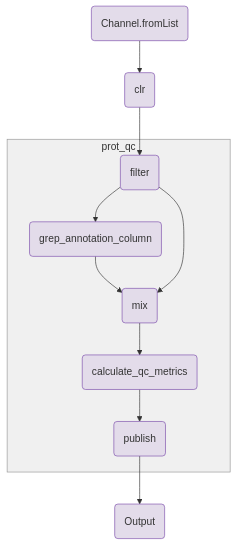
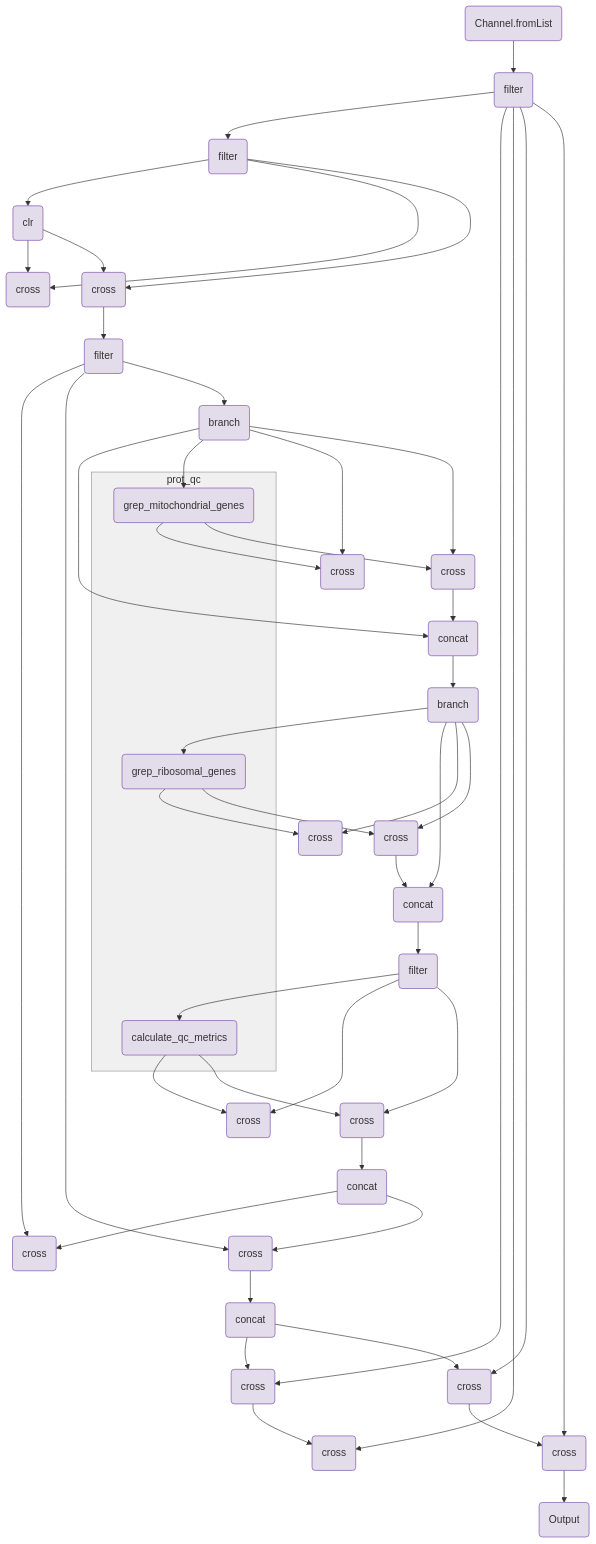
The diagram in components/workflows/prot/prot_multisample.qmd (openpipelines-bio/website), drawn with Mermaid before and after one commit. The commit also changed other lines of this file and 149 other files, not shown here.

````diff
--- a/components/workflows/prot/prot_multisample.qmd
+++ b/components/workflows/prot/prot_multisample.qmd
@@ -117,31 +129,112 @@
 ```{mermaid}
 flowchart TB
     v0(Channel.fromList)
+    v2(filter)
+    v10(filter)
     v18(clr)
-    v129(Output)
+    v25(cross)
+    v35(cross)
+    v41(filter)
+    v164(concat)
+    v53(branch)
+    v80(concat)
+    v65(cross)
+    v75(cross)
+    v84(branch)
+    v111(concat)
+    v96(cross)
+    v106(cross)
+    v112(filter)
+    v142(concat)
+    v127(cross)
+    v137(cross)
+    v149(cross)
+    v159(cross)
+    v171(cross)
+    v178(cross)
+    v190(cross)
+    v197(cross)
+    v201(Output)
     subgraph group_prot_qc [prot_qc]
-        v30(filter)
-        v48(grep_annotation_column)
-        v61(mix)
-        v70(calculate_qc_metrics)
-        v90(publish)
+        v58(grep_mitochondrial_genes)
+        v89(grep_ribosomal_genes)
+        v120(calculate_qc_metrics)
     end
-    v0-->v18
-    v18-->v30
-    v30-->v48
-    v48-->v61
-    v30-->v61
-    v61-->v70
-    v70-->v90
-    v90-->v129
+    v53-->v80
+    v84-->v111
+    v111-->v112
+    v0-->v2
+    v2-->v10
+    v10-->v18
+    v18-->v25
+    v10-->v25
+    v10-->v35
+    v53-->v58
+    v58-->v65
+    v53-->v65
+    v53-->v75
+    v75-->v80
+    v84-->v89
+    v89-->v96
+    v84-->v96
+    v84-->v106
+    v106-->v111
+    v112-->v120
+    v120-->v127
+    v112-->v127
+    v112-->v137
+    v137-->v142
+    v142-->v149
+    v41-->v149
+    v41-->v159
+    v159-->v164
+    v164-->v171
+    v2-->v171
+    v171-->v178
+    v2-->v178
+    v2-->v190
+    v190-->v197
+    v2-->v197
+    v197-->v201
+    v35-->v41
+    v18-->v35
+    v41-->v53
+    v58-->v75
+    v80-->v84
+    v89-->v106
+    v120-->v137
+    v142-->v159
+    v164-->v190
     style group_prot_qc fill:#F0F0F0,stroke:#969696;
     style v0 fill:#e3dcea,stroke:#7a4baa;
+    style v2 fill:#e3dcea,stroke:#7a4baa;
+    style v10 fill:#e3dcea,stroke:#7a4baa;
     style v18 fill:#e3dcea,stroke:#7a4baa;
-    style v30 fill:#e3dcea,stroke:#7a4baa;
-    style v48 fill:#e3dcea,stroke:#7a4baa;
-    style v61 fill:#e3dcea,stroke:#7a4baa;
-    style v70 fill:#e3dcea,stroke:#7a4baa;
-    style v90 fill:#e3dcea,stroke:#7a4baa;
-    style v129 fill:#e3dcea,stroke:#7a4baa;
+    style v25 fill:#e3dcea,stroke:#7a4baa;
+    style v35 fill:#e3dcea,stroke:#7a4baa;
+    style v41 fill:#e3dcea,stroke:#7a4baa;
+    style v164 fill:#e3dcea,stroke:#7a4baa;
+    style v53 fill:#e3dcea,stroke:#7a4baa;
+    style v80 fill:#e3dcea,stroke:#7a4baa;
+    style v58 fill:#e3dcea,stroke:#7a4baa;
+    style v65 fill:#e3dcea,stroke:#7a4baa;
+    style v75 fill:#e3dcea,stroke:#7a4baa;
+    style v84 fill:#e3dcea,stroke:#7a4baa;
+    style v111 fill:#e3dcea,stroke:#7a4baa;
+    style v89 fill:#e3dcea,stroke:#7a4baa;
+    style v96 fill:#e3dcea,stroke:#7a4baa;
+    style v106 fill:#e3dcea,stroke:#7a4baa;
+    style v112 fill:#e3dcea,stroke:#7a4baa;
+    style v142 fill:#e3dcea,stroke:#7a4baa;
+    style v120 fill:#e3dcea,stroke:#7a4baa;
+    style v127 fill:#e3dcea,stroke:#7a4baa;
+    style v137 fill:#e3dcea,stroke:#7a4baa;
+    style v149 fill:#e3dcea,stroke:#7a4baa;
+    style v159 fill:#e3dcea,stroke:#7a4baa;
+    style v171 fill:#e3dcea,stroke:#7a4baa;
+    style v178 fill:#e3dcea,stroke:#7a4baa;
+    style v190 fill:#e3dcea,stroke:#7a4baa;
+    style v197 fill:#e3dcea,stroke:#7a4baa;
+    style v201 fill:#e3dcea,stroke:#7a4baa;
 
 ```
````
